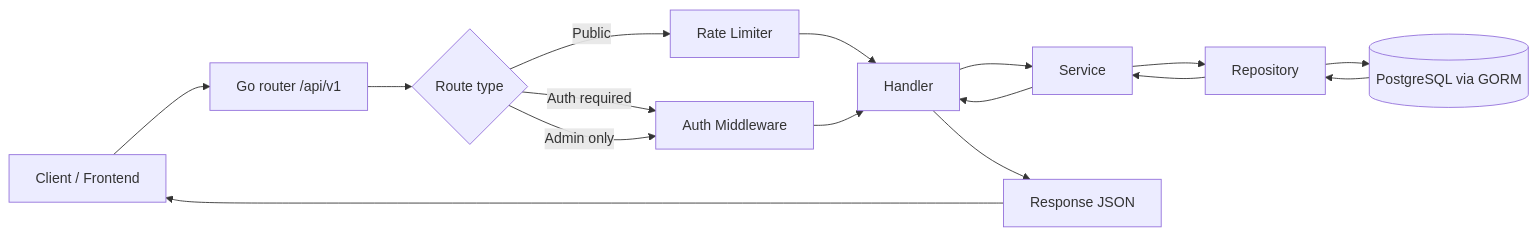
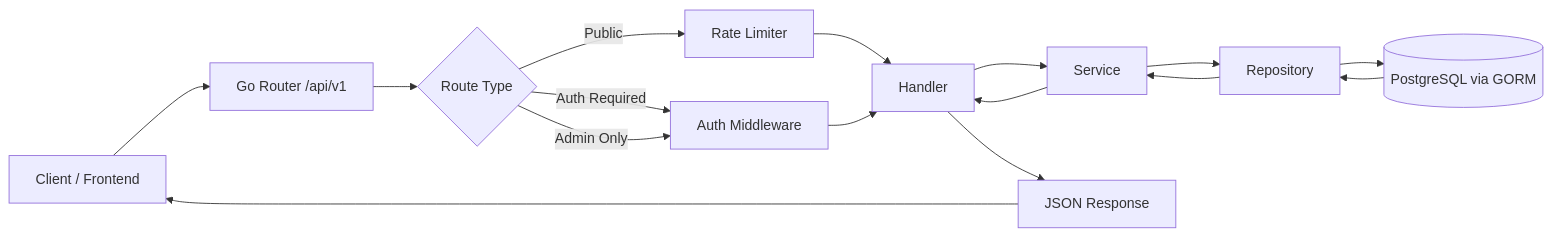
One commit to Restartor/web-streaming changed the first of 2 diagrams in readme.md. Above: the diagram before and after it, drawn with Mermaid. The commit also changed other lines of this file, not shown here.

````diff
--- a/readme.md
+++ b/readme.md
@@ -77,18 +68,23 @@
 ```mermaid
 flowchart LR
-	A[Client / Frontend] --> B[Go router /api/v1]
-	B --> C{Route type}
+	A[Client / Frontend] --> B[Go Router /api/v1]
+	B --> C{Route Type}
+
 	C -->|Public| D[Rate Limiter]
-	C -->|Auth required| E[Auth Middleware]
-	C -->|Admin only| E
+	C -->|Auth Required| E[Auth Middleware]
+	C -->|Admin Only| E
+
 	D --> F[Handler]
 	E --> F[Handler]
+
 	F --> G[Service]
 	G --> H[Repository]
 	H --> I[(PostgreSQL via GORM)]
+
 	I --> H
 	H --> G
 	G --> F
-	F --> J[Response JSON]
+
+	F --> J[JSON Response]
 	J --> A
 ```
````
